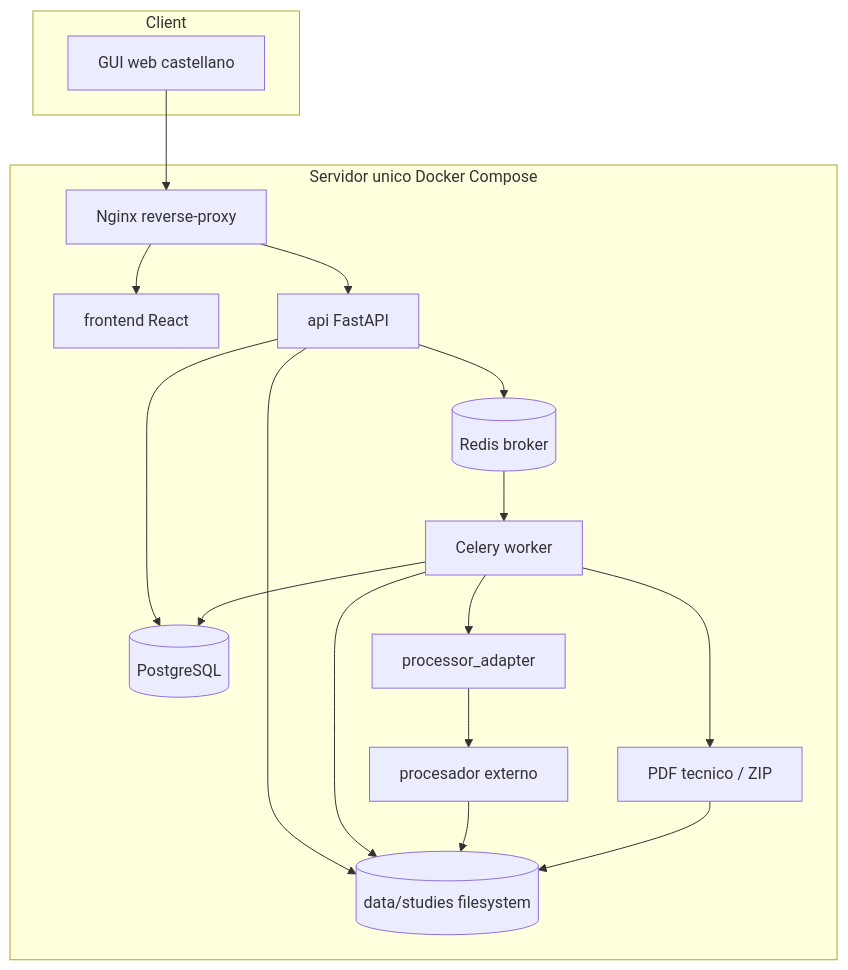
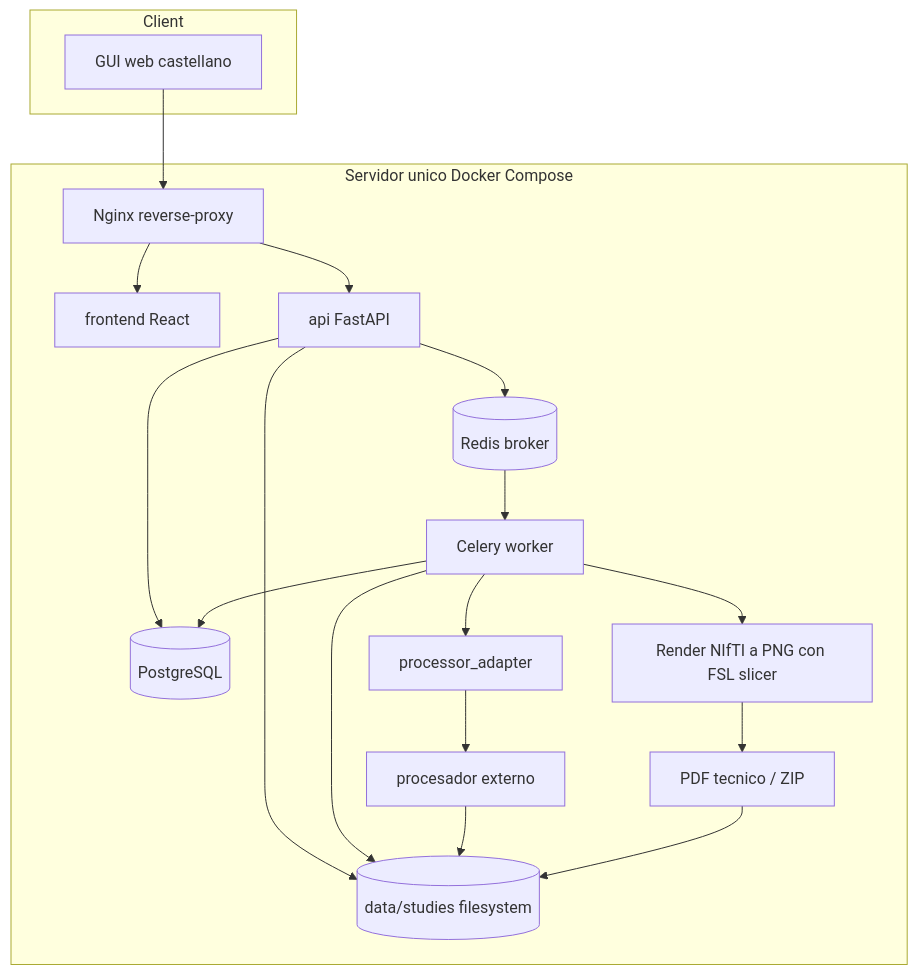
Before and after one commit to suhartx/neuroimagen-server-biocruces: the first of 4 diagrams in docs/architecture.md, drawn with Mermaid. The commit also changed other lines of this file and 29 other files, not shown here.

````diff
--- a/docs/architecture.md
+++ b/docs/architecture.md
@@ -5,32 +5,34 @@
 ```mermaid
 flowchart TB
   subgraph Client
     Browser[GUI web castellano]
   end
   subgraph DockerHost[Servidor unico Docker Compose]
     Proxy[Nginx reverse-proxy]
     Frontend[frontend React]
     API[api FastAPI]
     DB[(PostgreSQL)]
     Redis[(Redis broker)]
     Worker[Celery worker]
     Adapter[processor_adapter]
     Script[procesador externo]
+    Render[Render NIfTI a PNG con FSL slicer]
     Artifacts[PDF tecnico / ZIP]
     Storage[(data/studies filesystem)]
   end
   Browser --> Proxy
   Proxy --> Frontend
   Proxy --> API
   API --> DB
   API --> Storage
   API --> Redis
   Redis --> Worker
   Worker --> DB
   Worker --> Storage
   Worker --> Adapter
   Adapter --> Script
   Script --> Storage
-  Worker --> Artifacts
+  Worker --> Render
+  Render --> Artifacts
   Artifacts --> Storage
 ```
````
